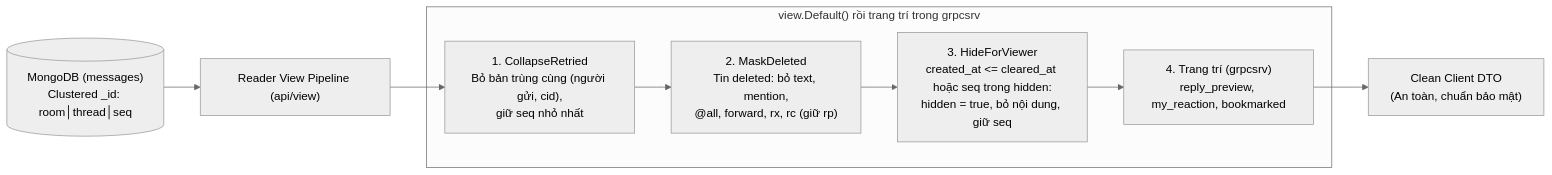
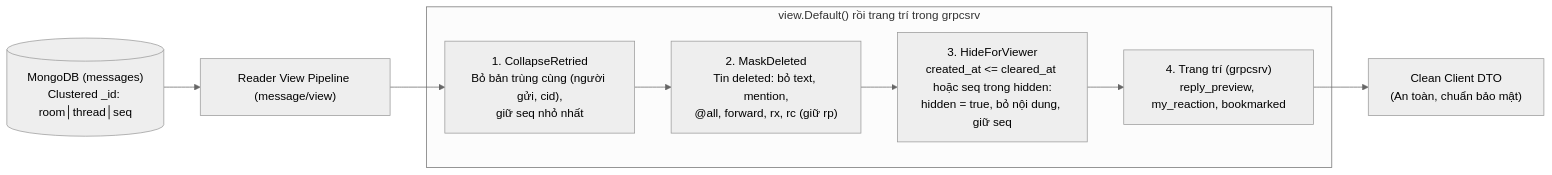
The first of 3 diagrams in docs/modules/08-feature-history-retrieval-and-sync.md (ivannguyendev/chatim), drawn with Mermaid (neutral theme) before and after one commit. The commit also changed other lines of this file and 9 other files, not shown here.

````diff
--- a/docs/modules/08-feature-history-retrieval-and-sync.md
+++ b/docs/modules/08-feature-history-retrieval-and-sync.md
@@ -24,13 +24,13 @@
 ```mermaid
 flowchart LR
-    RawMongo[("MongoDB (messages)<br/>Clustered _id: room│thread│seq")] --> View["Reader View Pipeline (api/view)"]
+    RawMongo[("MongoDB (messages)<br/>Clustered _id: room│thread│seq")] --> View["Reader View Pipeline (message/view)"]
 
     subgraph PipelineSteps["view.Default() rồi trang trí trong grpcsrv"]
         F1["1. CollapseRetried<br/>Bỏ bản trùng cùng (người gửi, cid),<br/>giữ seq nhỏ nhất"] --> F2["2. MaskDeleted<br/>Tin deleted: bỏ text, mention,<br/>@all, forward, rx, rc (giữ rp)"]
         F2 --> F3["3. HideForViewer<br/>created_at <= cleared_at hoặc seq trong hidden:<br/>hidden = true, bỏ nội dung, giữ seq"]
         F3 --> F4["4. Trang trí (grpcsrv)<br/>reply_preview, my_reaction, bookmarked"]
     end
 
     View --> F1
     F4 --> CleanDTO["Clean Client DTO<br/>(An toàn, chuẩn bảo mật)"]
 ```
````
